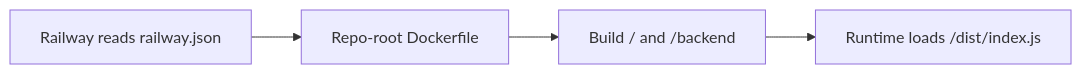
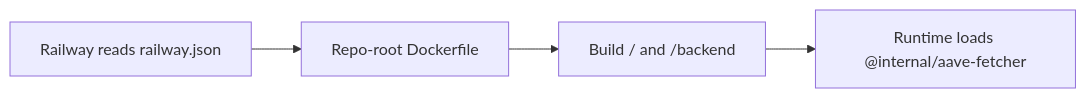
The diagram in docs/architecture/railway-deployment-timeline.md (0xPabloLI/aave-protocol-analysis), drawn with Mermaid before and after one commit. The commit also changed other lines of this file and 14 other files, not shown here.

````diff
--- a/docs/architecture/railway-deployment-timeline.md
+++ b/docs/architecture/railway-deployment-timeline.md
@@ -5,6 +5,6 @@
 ```mermaid
 flowchart LR
     A[Railway reads railway.json] --> B[Repo-root Dockerfile]
     B --> C[Build / and /backend]
-    C --> D[Runtime loads /dist/index.js]
+    C --> D[Runtime loads @internal/aave-fetcher]
 ```
````
